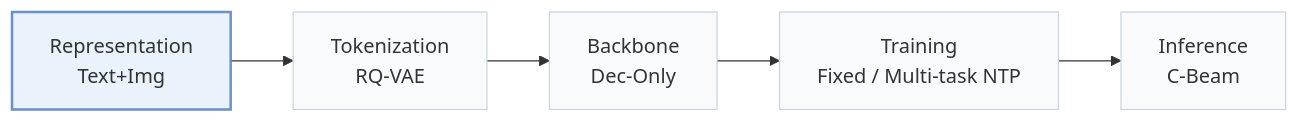
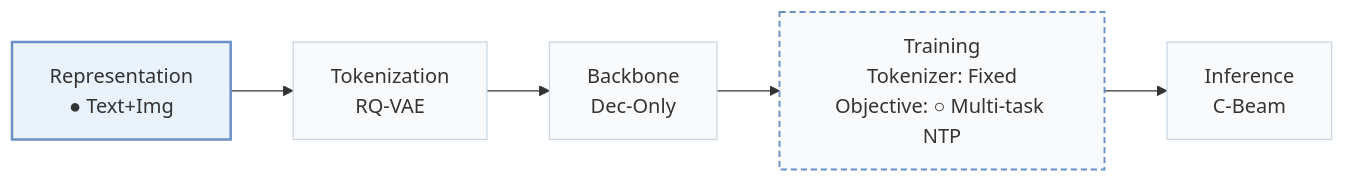
One commit to Galaxy-ghost/Awesome-SID-Generative-Rec changed the first of 2 diagrams in pages/papers/trialigngr.md. Above: the diagram before and after it, drawn with Mermaid. The commit also changed other lines of this file and 558 other files, not shown here.

````diff
--- a/pages/papers/trialigngr.md
+++ b/pages/papers/trialigngr.md
@@ -15,8 +18,10 @@
 ```mermaid
 flowchart LR
-    R["Representation<br/>Text+Img"] --> T["Tokenization<br/>RQ-VAE"] --> B["Backbone<br/>Dec-Only"] --> TR["Training<br/>Fixed / Multi-task NTP"] --> I["Inference<br/>C-Beam"]
+    R["Representation<br/>● Text+Img"] --> T["Tokenization<br/>RQ-VAE"] --> B["Backbone<br/>Dec-Only"] --> TR["Training<br/>Tokenizer: Fixed<br/>Objective: ○ Multi-task NTP"] --> I["Inference<br/>C-Beam"]
     classDef base fill:#f8fafc,stroke:#cbd5e1
     class R,T,B,TR,I base
+    classDef other fill:#f8fafc,stroke:#6b8fc7,stroke-width:1.5px,stroke-dasharray:5 3
+    class TR other
     classDef main fill:#eaf2fb,stroke:#6b8fc7,stroke-width:2px
     class R main
 ```
````
